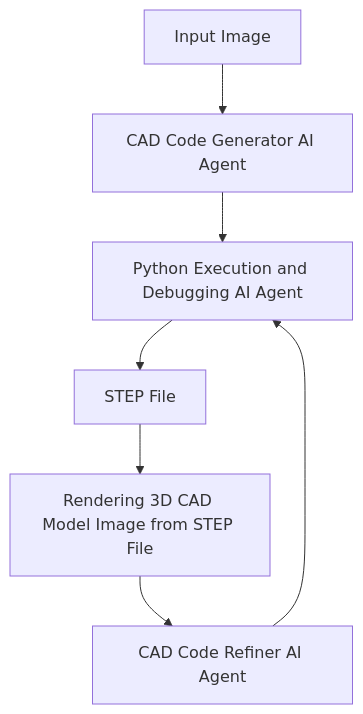
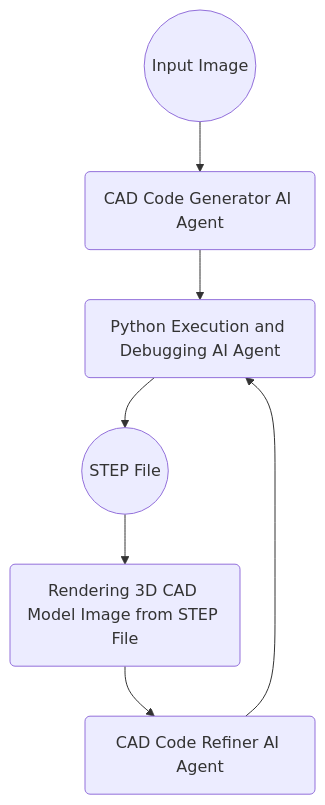
One commit to neka-nat/cad3dify changed the diagram in README.md. Above: the diagram before and after it, drawn with Mermaid.

````diff
--- a/README.md
+++ b/README.md
@@ -35,9 +35,9 @@
 ```mermaid
 graph TD
-    Input[Input Image] --> CodeGenerator[CAD Code Generator AI Agent]
-    CodeGenerator --> PythonDebugger[Python Execution and Debugging AI Agent]
-    PythonDebugger --> StepFile[STEP File]
-    StepFile --> Rendering[Rendering 3D CAD Model Image from STEP File]
-    Rendering --> Refiner[CAD Code Refiner AI Agent]
+    Input((Input Image)) --> CodeGenerator(CAD Code Generator AI Agent)
+    CodeGenerator --> PythonDebugger(Python Execution and Debugging AI Agent)
+    PythonDebugger --> StepFile((STEP File))
+    StepFile --> Rendering(Rendering 3D CAD Model Image from STEP File)
+    Rendering --> Refiner(CAD Code Refiner AI Agent)
     Refiner --> PythonDebugger
 ```
````
